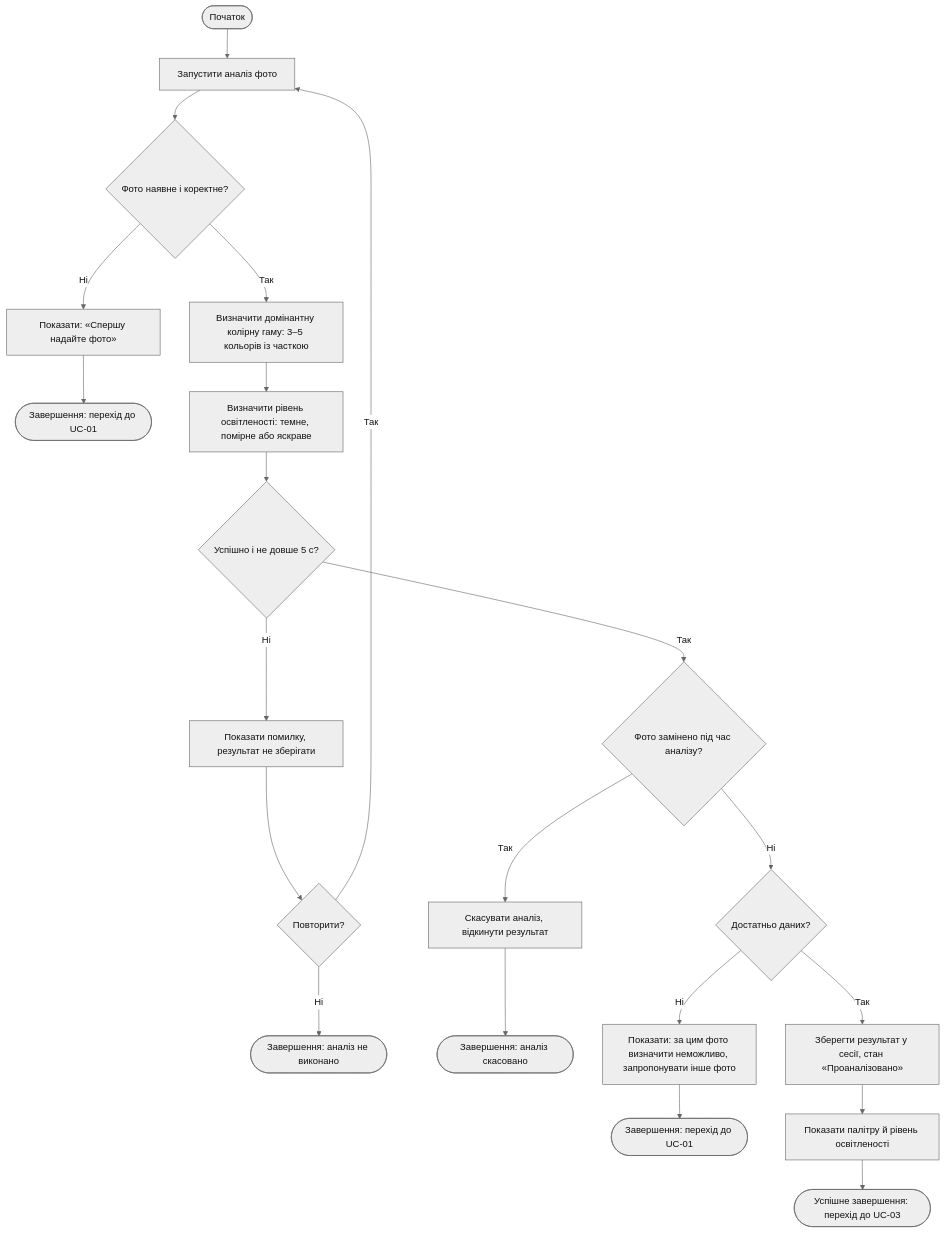
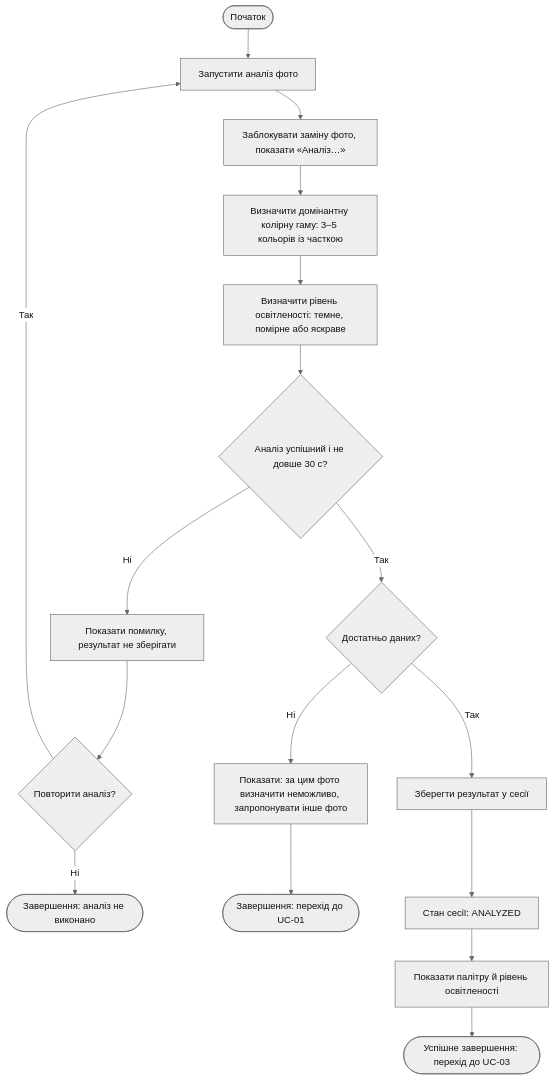
One commit to ilSPACEli/AiDesigner changed the diagram in model/activity-uc-02.md. Above: the diagram before and after it, drawn with Mermaid. The commit also changed other lines of this file and 6 other files, not shown here.

Commit message:
docs: rework activity-uc-02 diagram and sync requirements

````diff
--- a/model/activity-uc-02.md
+++ b/model/activity-uc-02.md
@@ -9,24 +7,20 @@
 ```mermaid
 %%{init: {"theme":"base","themeVariables":{"fontFamily":"Liberation Sans, Arial, sans-serif","primaryColor":"#eeeeee","primaryBorderColor":"#666666","primaryTextColor":"#111111","lineColor":"#666666","edgeLabelBackground":"#ffffff"},"flowchart":{"curve":"basis","htmlLabels":true}}}%%
 flowchart TD
     S([Початок]) --> A1[Запустити аналіз фото]
-    A1 --> D1{Фото наявне і коректне?}
-    D1 -- Ні --> M1[Показати: «Спершу надайте фото»]
-    M1 --> E1([Завершення: перехід до UC-01])
-    D1 -- Так --> A2[Визначити домінантну колірну гаму: 3–5 кольорів із часткою]
-    A2 --> A3[Визначити рівень освітленості: темне, помірне або яскраве]
-    A3 --> D2{Успішно і не довше 5 с?}
-    D2 -- Ні --> M2[Показати помилку, результат не зберігати]
-    M2 --> D3{Повторити?}
-    D3 -- Так --> A1
-    D3 -- Ні --> E2([Завершення: аналіз не виконано])
-    D2 -- Так --> D4{Фото замінено під час аналізу?}
-    D4 -- Так --> M4[Скасувати аналіз, відкинути результат]
-    M4 --> E4([Завершення: аналіз скасовано])
-    D4 -- Ні --> D5{Достатньо даних?}
-    D5 -- Ні --> M3[Показати: за цим фото визначити неможливо, запропонувати інше фото]
-    M3 --> E3([Завершення: перехід до UC-01])
-    D5 -- Так --> A4[Зберегти результат у сесії, стан «Проаналізовано»]
-    A4 --> A5[Показати палітру й рівень освітленості]
-    A5 --> E5([Успішне завершення: перехід до UC-03])
+    A1 --> A2[Заблокувати заміну фото, показати «Аналіз…»]
+    A2 --> A3[Визначити домінантну колірну гаму: 3–5 кольорів із часткою]
+    A3 --> A4[Визначити рівень освітленості: темне, помірне або яскраве]
+    A4 --> D1{Аналіз успішний і не довше 30 с?}
+    D1 -- Ні --> M1[Показати помилку, результат не зберігати]
+    M1 --> D2{Повторити аналіз?}
+    D2 -- Так --> A1
+    D2 -- Ні --> E1([Завершення: аналіз не виконано])
+    D1 -- Так --> D3{Достатньо даних?}
+    D3 -- Ні --> M2[Показати: за цим фото визначити неможливо, запропонувати інше фото]
+    M2 --> E2([Завершення: перехід до UC-01])
+    D3 -- Так --> A5[Зберегти результат у сесії]
+    A5 --> A6[Стан сесії: ANALYZED]
+    A6 --> A7[Показати палітру й рівень освітленості]
+    A7 --> E3([Успішне завершення: перехід до UC-03])
 ```
````
